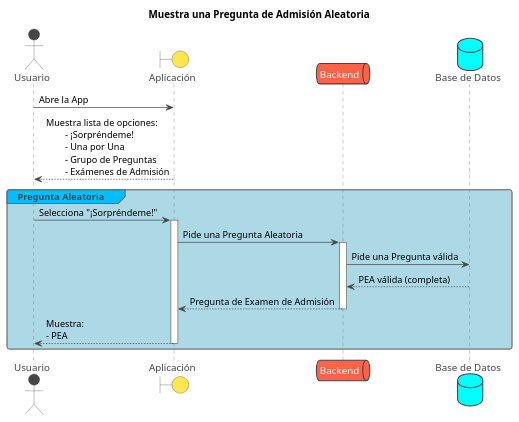
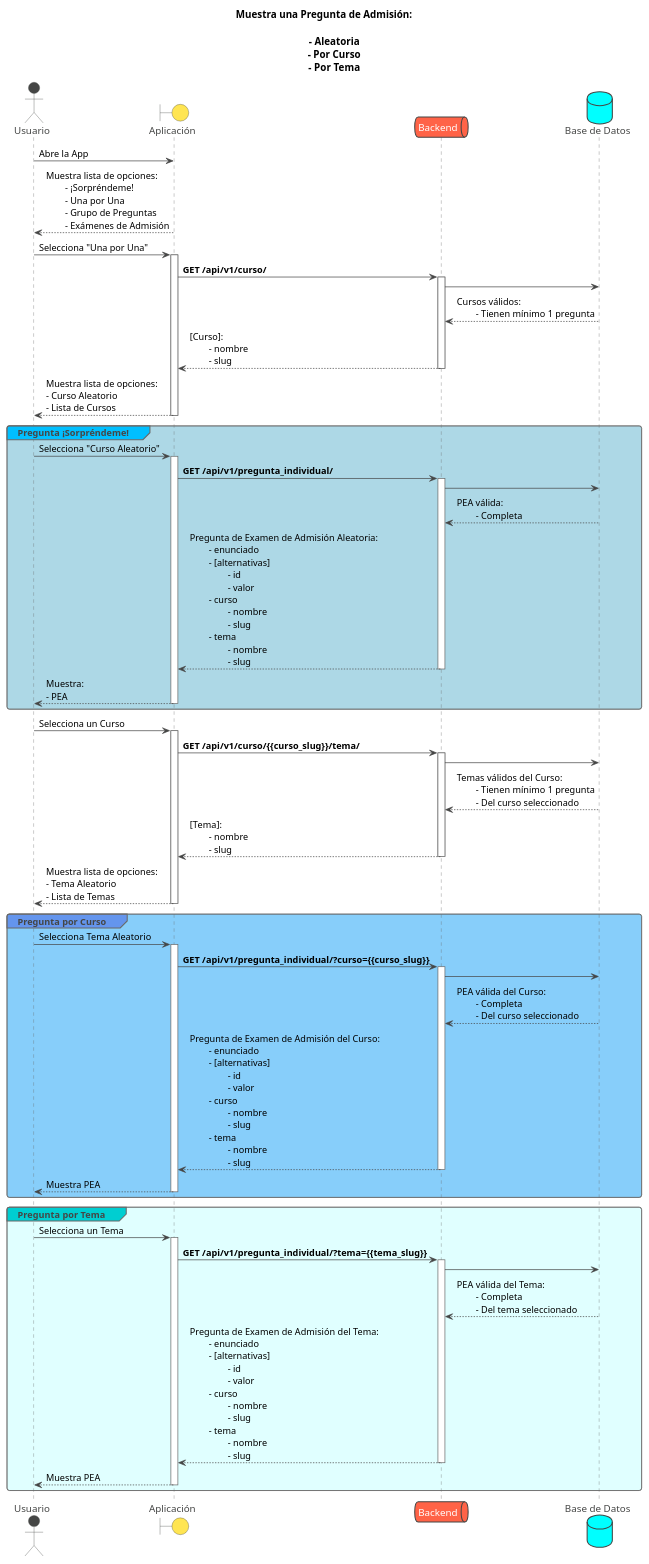
One commit to SrFuego/da-vinci changed the diagram in scope.wsd. Above: the diagram before and after it, drawn with PlantUML. The commit also changed 4 other files, not shown here.

```diff
--- a/scope.wsd
+++ b/scope.wsd
@@ -1,30 +1,81 @@
-@startuml 0.1.0
+@startuml 0.2.0
 !theme vibrant
 
-title Muestra una Pregunta de Admisión Aleatoria
+title Muestra una Pregunta de Admisión:\n\n\t- Aleatoria\n\t- Por Curso\n\t- Por Tema
 
 actor "Usuario" as User
 boundary "Aplicación" as App
 queue "Backend" as API
 database "Base de Datos" as DB
 
 
 User -> App: Abre la App
-User <-- App: Muestra lista de opciones: \n\t- ¡Sorpréndeme!\n\t- Una por Una \n\t- Grupo de Preguntas \n\t- Exámenes de Admisión
-group#DeepSkyBlue #LightBlue Pregunta Aleatoria
-    User -> App: Selecciona "¡Sorpréndeme!"
+App --> User: Muestra lista de opciones: \n\t- ¡Sorpréndeme!\n\t- Una por Una \n\t- Grupo de Preguntas \n\t- Exámenes de Admisión
+
+
+User -> App: Selecciona "Una por Una"
+activate App
+    App -> API: **GET /api/v1/curso/**
+        activate API
+            API -> DB: 
+            DB --> API: Cursos válidos:\n\t- Tienen mínimo 1 pregunta
+            API --> App: [Curso]:\n\t- nombre\n\t- slug
+        deactivate API
+    App --> User:  Muestra lista de opciones: \n- Curso Aleatorio \n- Lista de Cursos
+deactivate App
+
+
+group#DeepSkyBlue #LightBlue Pregunta ¡Sorpréndeme!
+    User -> App: Selecciona "Curso Aleatorio"
     activate App
-        App -> API: Pide una Pregunta Aleatoria
+        App -> API: **GET /api/v1/pregunta_individual/**
         activate API
-            API -> DB: Pide una Pregunta válida
-            API <-- DB: PEA válida (completa)
-            App <-- API: Pregunta de Examen de Admisión
+            API -> DB:
+            DB --> API: PEA válida:\n\t- Completa
+            API --> App: Pregunta de Examen de Admisión Aleatoria:\n\t- enunciado\n\t- [alternativas]\n\t\t- id\n\t\t- valor\n\t- curso\n\t\t- nombre\n\t\t- slug\n\t- tema\n\t\t- nombre\n\t\t- slug
         deactivate API
-        User <-- App: Muestra:\n- PEA
+        App --> User: Muestra:\n- PEA
+    deactivate App
+end
+
+
+User -> App: Selecciona un Curso
+activate App
+    App -> API: **GET /api/v1/curso/{{curso_slug}}/tema/**
+        activate API
+            API -> DB: 
+            DB --> API: Temas válidos del Curso:\n\t- Tienen mínimo 1 pregunta\n\t- Del curso seleccionado
+            API --> App: [Tema]:\n\t- nombre \n\t- slug
+        deactivate API
+    App --> User: Muestra lista de opciones: \n- Tema Aleatorio \n- Lista de Temas
+deactivate App
+
+group#CornflowerBlue #LightSkyBlue Pregunta por Curso
+    User -> App: Selecciona Tema Aleatorio
+    activate App
+        App -> API: **GET /api/v1/pregunta_individual/?curso={{curso_slug}}**
+        activate API
+            API -> DB: 
+            DB --> API: PEA válida del Curso:\n\t- Completa\n\t- Del curso seleccionado
+            API --> App: Pregunta de Examen de Admisión del Curso:\n\t- enunciado\n\t- [alternativas]\n\t\t- id\n\t\t- valor\n\t- curso\n\t\t- nombre\n\t\t- slug\n\t- tema\n\t\t- nombre\n\t\t- slug
+        deactivate API
+        App --> User: Muestra PEA
+    deactivate App
+end
+
+group#DarkTurquoise #LightCyan Pregunta por Tema
+    User -> App: Selecciona un Tema
+    activate App
+        App -> API: **GET /api/v1/pregunta_individual/?tema={{tema_slug}}**
+        activate API
+            API -> DB:
+            DB --> API: PEA válida del Tema:\n\t- Completa\n\t- Del tema seleccionado
+            API --> App: Pregunta de Examen de Admisión del Tema:\n\t- enunciado\n\t- [alternativas]\n\t\t- id\n\t\t- valor\n\t- curso\n\t\t- nombre\n\t\t- slug\n\t- tema\n\t\t- nombre\n\t\t- slug
+        deactivate API
+        App --> User: Muestra PEA
     deactivate App
 end
 
 
 
-
 @enduml
```
